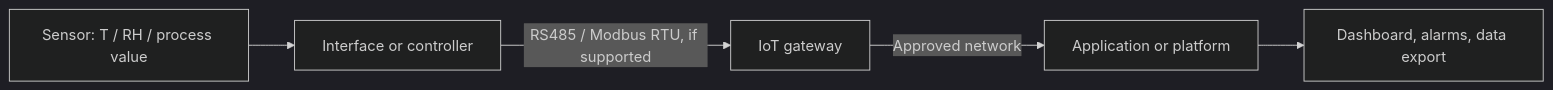
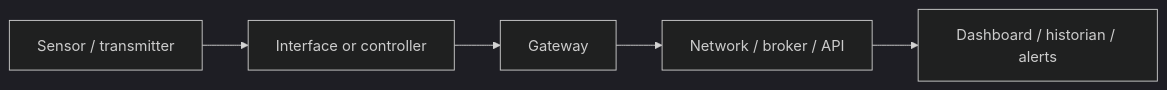
Before and after one commit to Himazad1917/industrial-iot-sensor-integration: the diagram in README.md, drawn with Mermaid (dark theme). The commit also changed other lines of this file, not shown here.

````diff
--- a/README.md
+++ b/README.md
@@ -10,7 +10,7 @@
-```mermaid
+~~~mermaid
 flowchart LR
-  A[Sensor: T / RH / process value] --> B[Interface or controller]
-  B -->|RS485 / Modbus RTU, if supported| C[IoT gateway]
-  C -->|Approved network| D[Application or platform]
-  D --> E[Dashboard, alarms, data export]
-```
+  A[Sensor / transmitter] --> B[Interface or controller]
+  B --> C[Gateway]
+  C --> D[Network / broker / API]
+  D --> E[Dashboard / historian / alerts]
+~~~
````
